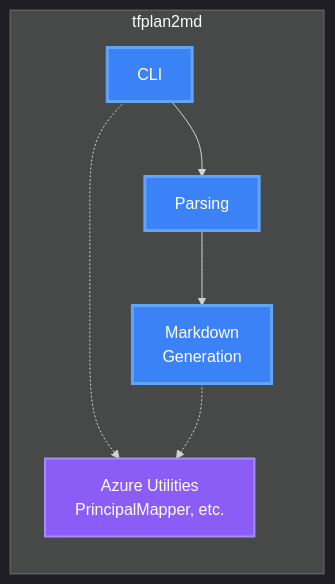
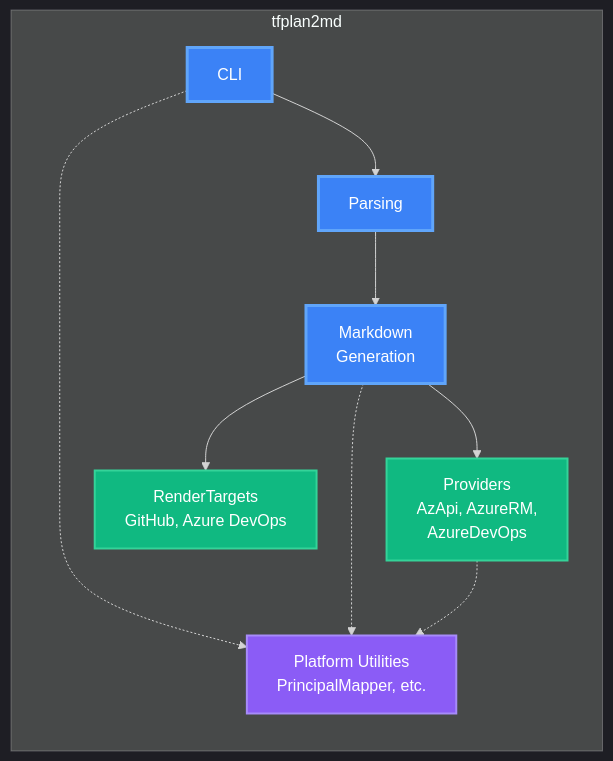
The third of 15 diagrams in docs/architecture.md (oocx/tfplan2md), drawn with Mermaid before and after one commit. The commit also changed other lines of this file, not shown here.

First line of the commit message:
docs: update architecture.md with provider structure

````diff
--- a/docs/architecture.md
+++ b/docs/architecture.md
@@ -225,21 +262,28 @@
 ```mermaid
 %%{init: {'theme':'dark', 'themeVariables': { 'fontSize':'16px', 'fontFamily':'ui-sans-serif, system-ui, sans-serif'}}}%%
 flowchart LR
     classDef componentNode fill:#3b82f6,stroke:#60a5fa,stroke-width:3px,color:#ffffff
     classDef utilNode fill:#8b5cf6,stroke:#a78bfa,stroke-width:2px,color:#ffffff
+    classDef providerNode fill:#10b981,stroke:#34d399,stroke-width:2px,color:#ffffff
     
     subgraph tfplan2md
         CLI[CLI]
         Parsing[Parsing]
         Markdown[Markdown<br/>Generation]
-        Azure[Azure Utilities<br/>PrincipalMapper, etc.]
+        Providers[Providers<br/>AzApi, AzureRM,<br/>AzureDevOps]
+        RenderTargets[RenderTargets<br/>GitHub, Azure DevOps]
+        Platforms[Platform Utilities<br/>PrincipalMapper, etc.]
         
         CLI --> Parsing
         Parsing --> Markdown
-        CLI -.-> Azure
-        Markdown -.-> Azure
+        Markdown --> Providers
+        Markdown --> RenderTargets
+        CLI -.-> Platforms
+        Markdown -.-> Platforms
+        Providers -.-> Platforms
     end
     
     class CLI,Parsing,Markdown componentNode
-    class Azure utilNode
+    class Providers,RenderTargets providerNode
+    class Platforms utilNode
 ```
````
